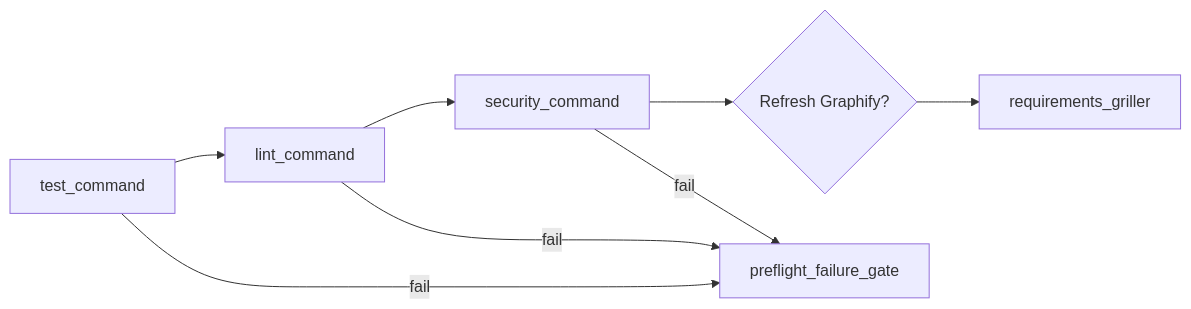
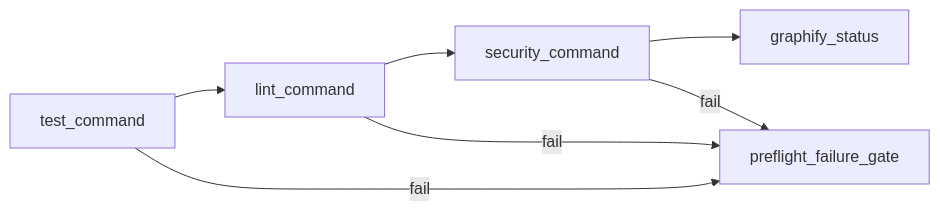
Diagram 13 of 18 in docs/operator-guide.md (cdespona/conductor-layered-tdd), drawn with Mermaid before and after one commit. The commit also changed other lines of this file and 6 other files, not shown here.

Commit message:
fix: run preflight before graphify and fast triage

````diff
--- a/docs/operator-guide.md
+++ b/docs/operator-guide.md
@@ -667,10 +675,9 @@
 ```mermaid
 flowchart LR
     Tests["test_command"] --> Lint["lint_command"]
     Lint --> Security["security_command"]
-    Security --> Graphify{"Refresh Graphify?"}
-    Graphify --> Requirements["requirements_griller"]
+    Security --> Graphify["graphify_status"]
     Tests -- fail --> Gate["preflight_failure_gate"]
     Lint -- fail --> Gate
     Security -- fail --> Gate
 ```
````
